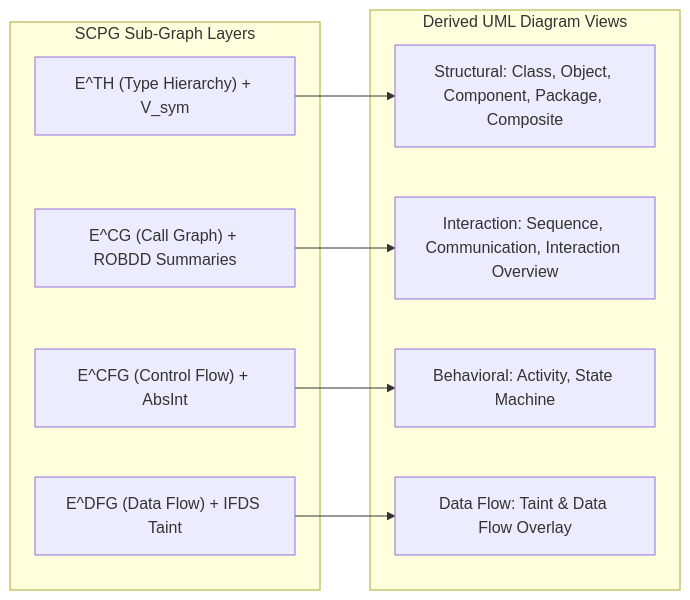
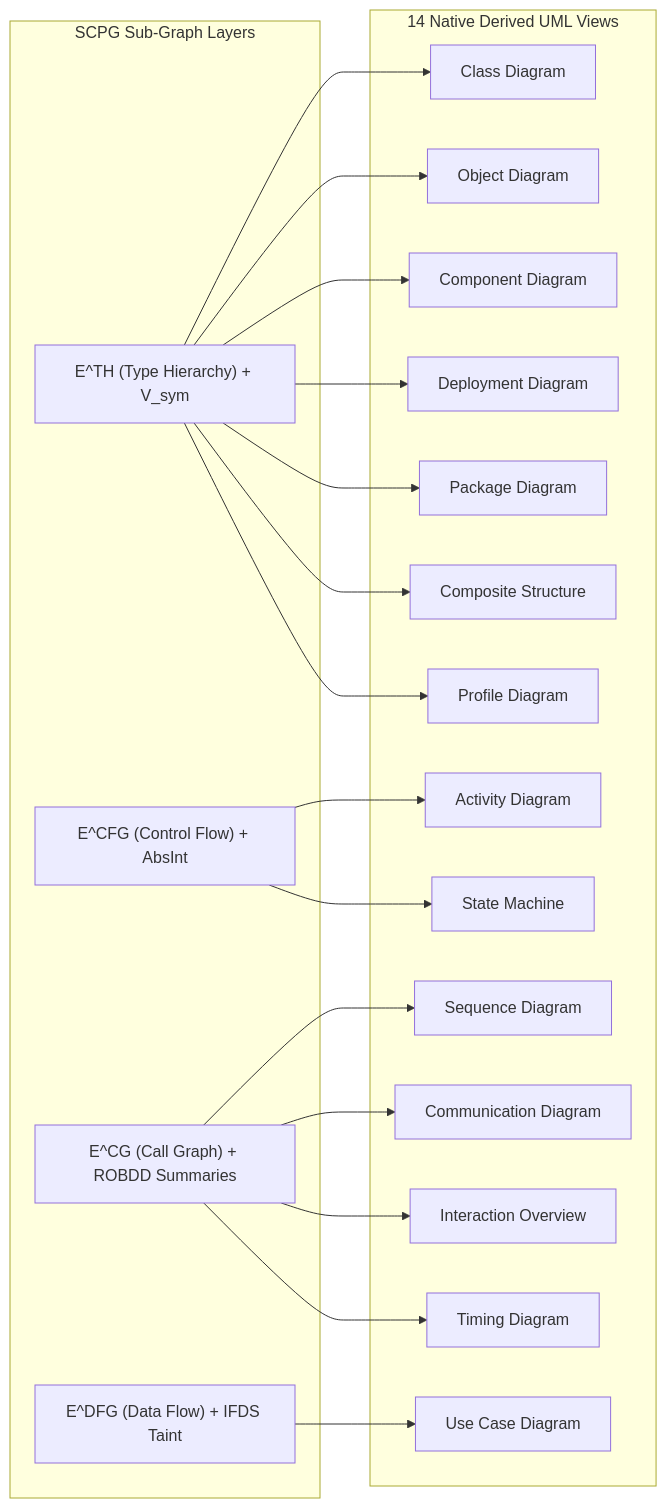
The second of 2 diagrams in README.md (AhmadHassan-BTed/OpenHeart), drawn with Mermaid before and after one commit. The commit also changed other lines of this file and 3 other files, not shown here.

Commit message:
docs(readme): add technical pipeline diagrams, phase complexity bounds, and domain directory structure

````diff
--- a/README.md
+++ b/README.md
@@ -127,15 +107,28 @@
 ```mermaid
 graph LR
     subgraph Layers["SCPG Sub-Graph Layers"]
         ETH["E^TH (Type Hierarchy) + V_sym"]
         ECG["E^CG (Call Graph) + ROBDD Summaries"]
         ECFG["E^CFG (Control Flow) + AbsInt"]
         EDFG["E^DFG (Data Flow) + IFDS Taint"]
     end
-    subgraph Diagrams["Derived UML Diagram Views"]
-        ETH --> Structural["Structural: Class, Object, Component, Package, Composite"]
-        ECG --> Interaction["Interaction: Sequence, Communication, Interaction Overview"]
-        ECFG --> Behavioral["Behavioral: Activity, State Machine"]
-        EDFG --> DataFlow["Data Flow: Taint & Data Flow Overlay"]
+    subgraph Diagrams["14 Native Derived UML Views"]
+        ETH --> Class["Class Diagram"]
+        ETH --> Object["Object Diagram"]
+        ETH --> Component["Component Diagram"]
+        ETH --> Deployment["Deployment Diagram"]
+        ETH --> Package["Package Diagram"]
+        ETH --> Composite["Composite Structure"]
+        ETH --> Profile["Profile Diagram"]
+
+        ECFG --> Activity["Activity Diagram"]
+        ECFG --> StateMachine["State Machine"]
+
+        ECG --> Sequence["Sequence Diagram"]
+        ECG --> Communication["Communication Diagram"]
+        ECG --> Interaction["Interaction Overview"]
+        ECG --> Timing["Timing Diagram"]
+
+        EDFG --> UseCase["Use Case Diagram"]
     end
 ```
````
